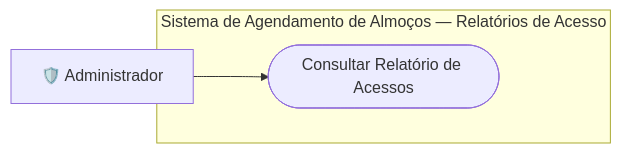
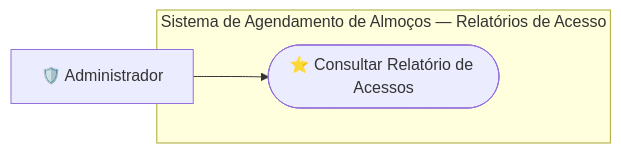
Before and after one commit to henriquesantos007/Sistema-de-Agendamento-de-Almoco: the third of 4 diagrams in docs/04-casos-de-uso/README.md, drawn with Mermaid. The commit also changed other lines of this file and 11 other files, not shown here.

````diff
--- a/docs/04-casos-de-uso/README.md
+++ b/docs/04-casos-de-uso/README.md
@@ -155,11 +160,11 @@
 ```mermaid
 %%{init: {"flowchart": {"useMaxWidth": false}, "class": {"useMaxWidth": false}, "sequence": {"useMaxWidth": false}, "state": {"useMaxWidth": false}}}%%
 flowchart LR
     admin["🛡️ Administrador"]
 
     subgraph sistema["Sistema de Agendamento de Almoços — Relatórios de Acesso"]
-        UC22(["Consultar Relatório de Acessos"])
+        UC22(["⭐ Consultar Relatório de Acessos"])
     end
 
     admin --> UC22
 ```
````
